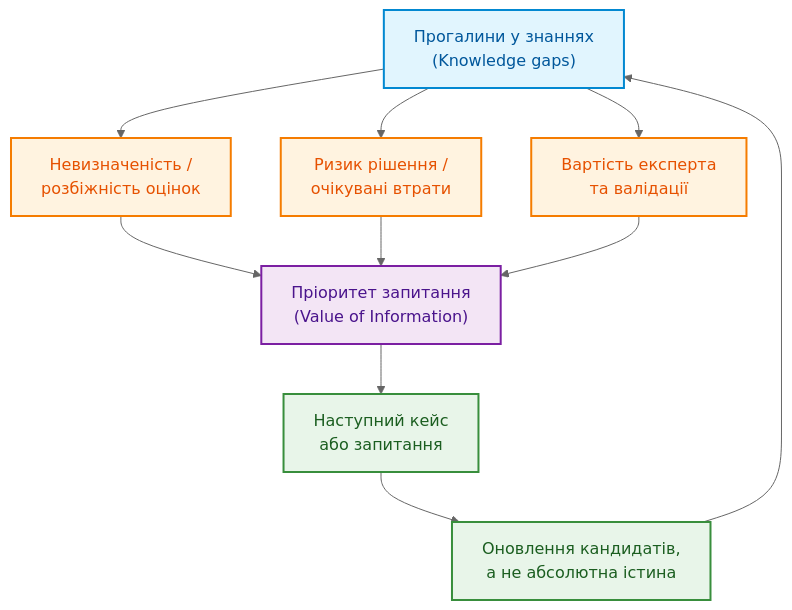
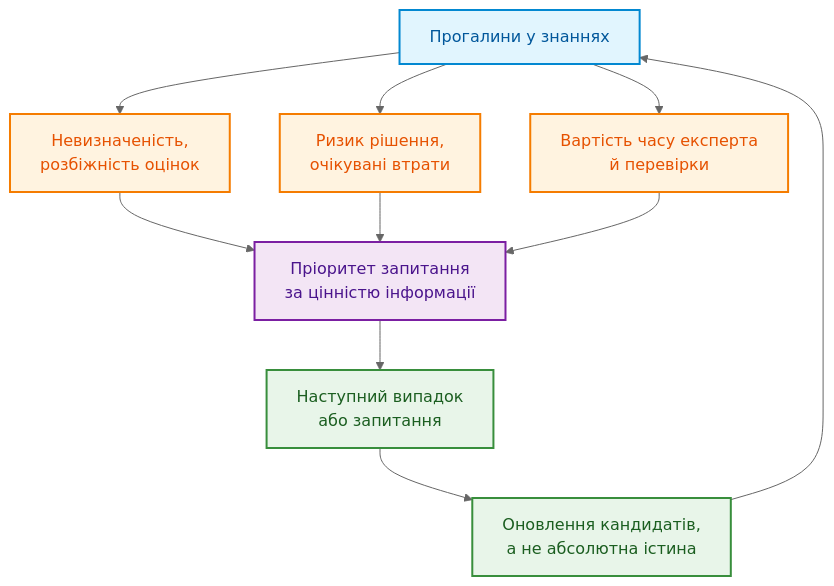
Before and after one commit to nick-fedchik/articles: the third of 5 diagrams in ExpertSystem/ch11-knowledge-elicitation-from-experts.md, drawn with Mermaid (neutral theme). The commit also changed other lines of this file, not shown here.

````diff
--- a/ExpertSystem/ch11-knowledge-elicitation-from-experts.md
+++ b/ExpertSystem/ch11-knowledge-elicitation-from-experts.md
@@ -221,25 +222,25 @@
 ```mermaid
 flowchart TD
-    accTitle: Визначення пріоритету запитань за цінністю інформації
-    accDescr: Дерево факторів від прогалин у знаннях до вибору наступного запитання або кейсу.
+    accTitle: Пріоритет запитань за цінністю інформації
+    accDescr: Дерево факторів від прогалин у знаннях до вибору наступного запитання або випадку.
 
-    G["Прогалини у знаннях<br/>(Knowledge gaps)"] --> U["Невизначеність /<br/>розбіжність оцінок"]
-    G --> R["Ризик рішення /<br/>очікувані втрати"]
-    G --> C["Вартість експерта<br/>та валідації"]
-    U --> VOI["Пріоритет запитання<br/>(Value of Information)"]
+    G["Прогалини у знаннях"] --> U["Невизначеність,<br/>розбіжність оцінок"]
+    G --> R["Ризик рішення,<br/>очікувані втрати"]
+    G --> C["Вартість часу експерта<br/>й перевірки"]
+    U --> VOI["Пріоритет запитання<br/>за цінністю інформації"]
     R --> VOI
     C --> VOI
-    VOI --> Q["Наступний кейс<br/>або запитання"]
+    VOI --> Q["Наступний випадок<br/>або запитання"]
     Q --> D["Оновлення кандидатів,<br/>а не абсолютна істина"]
     D --> G
 
     classDef root fill:#e1f5fe,stroke:#0288d1,stroke-width:2px,color:#01579b;
     classDef criteria fill:#fff3e0,stroke:#f57c00,stroke-width:2px,color:#e65100;
     classDef decision fill:#f3e5f5,stroke:#7b1fa2,stroke-width:2px,color:#4a148c;
     classDef loop fill:#e8f5e9,stroke:#388e3c,stroke-width:2px,color:#1b5e20;
 
     class G root;
     class U,R,C criteria;
     class VOI decision;
     class Q,D loop;
 ```
````
